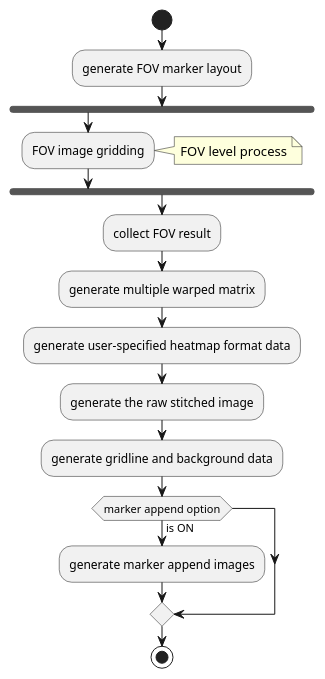
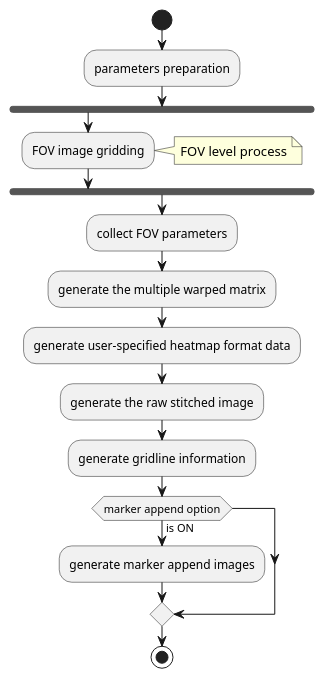
The third of 4 diagrams in doc/algorithm.md (jeff665547/Project-Summit.Grid), drawn with PlantUML before and after one commit. The commit also changed other lines of this file and 5 other files, not shown here.

```diff
--- a/doc/algorithm.md
+++ b/doc/algorithm.md
@@ -113,21 +140,21 @@
-@startuml {channel-level-process.png}
+@startuml Channel Level Process
 
 start
-:generate FOV marker layout;
+:parameters preparation;
 fork
     :FOV image gridding;
     note right
         FOV level process
     end note
 endfork
-:collect FOV result;
-:generate multiple warped matrix;
+:collect FOV parameters;
+:generate the multiple warped matrix;
 :generate user-specified heatmap format data;
 :generate the raw stitched image;
-:generate gridline and background data;
+:generate gridline information;
 if (marker append option) then (is ON)
     :generate marker append images;
 endif;
 stop
 
 @enduml
```
